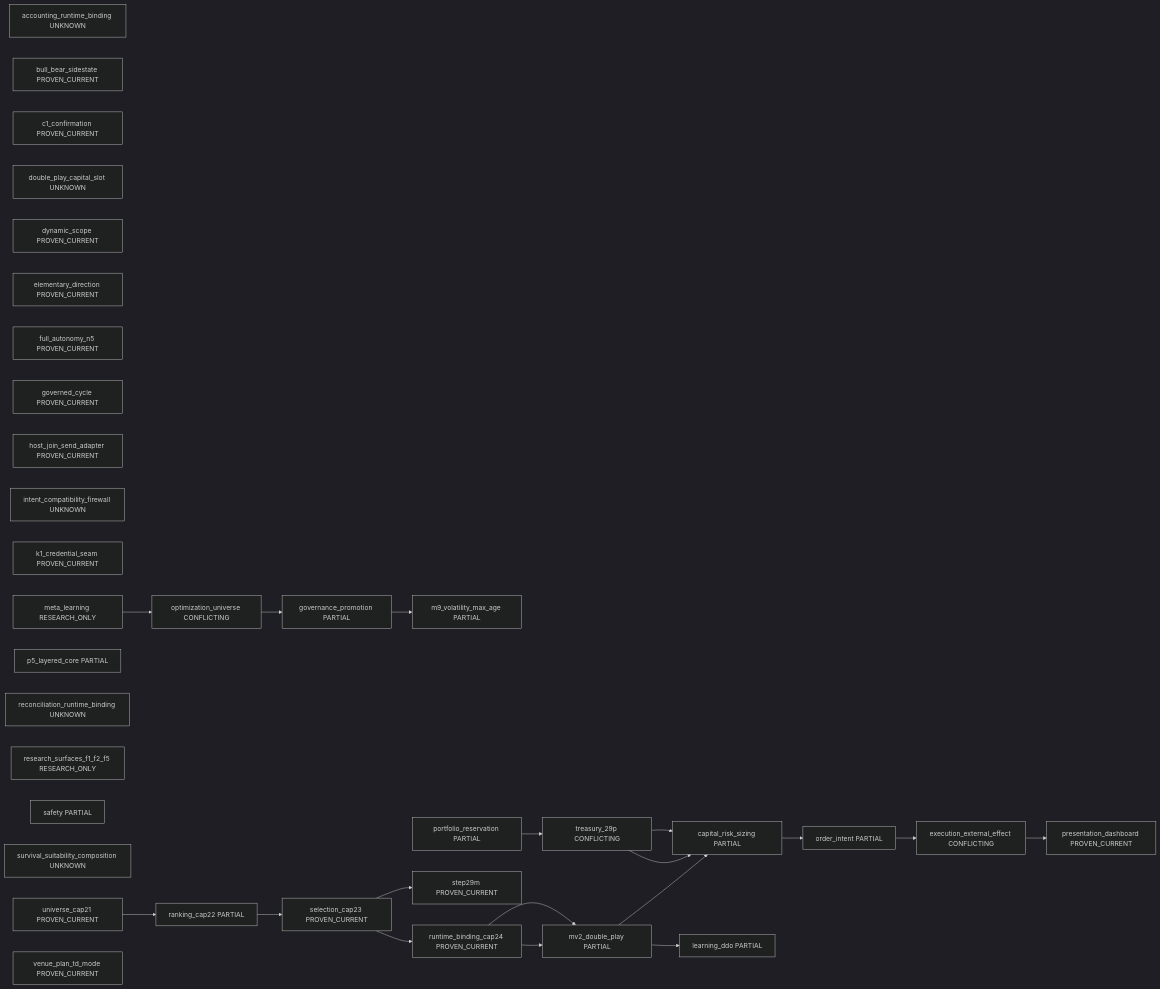
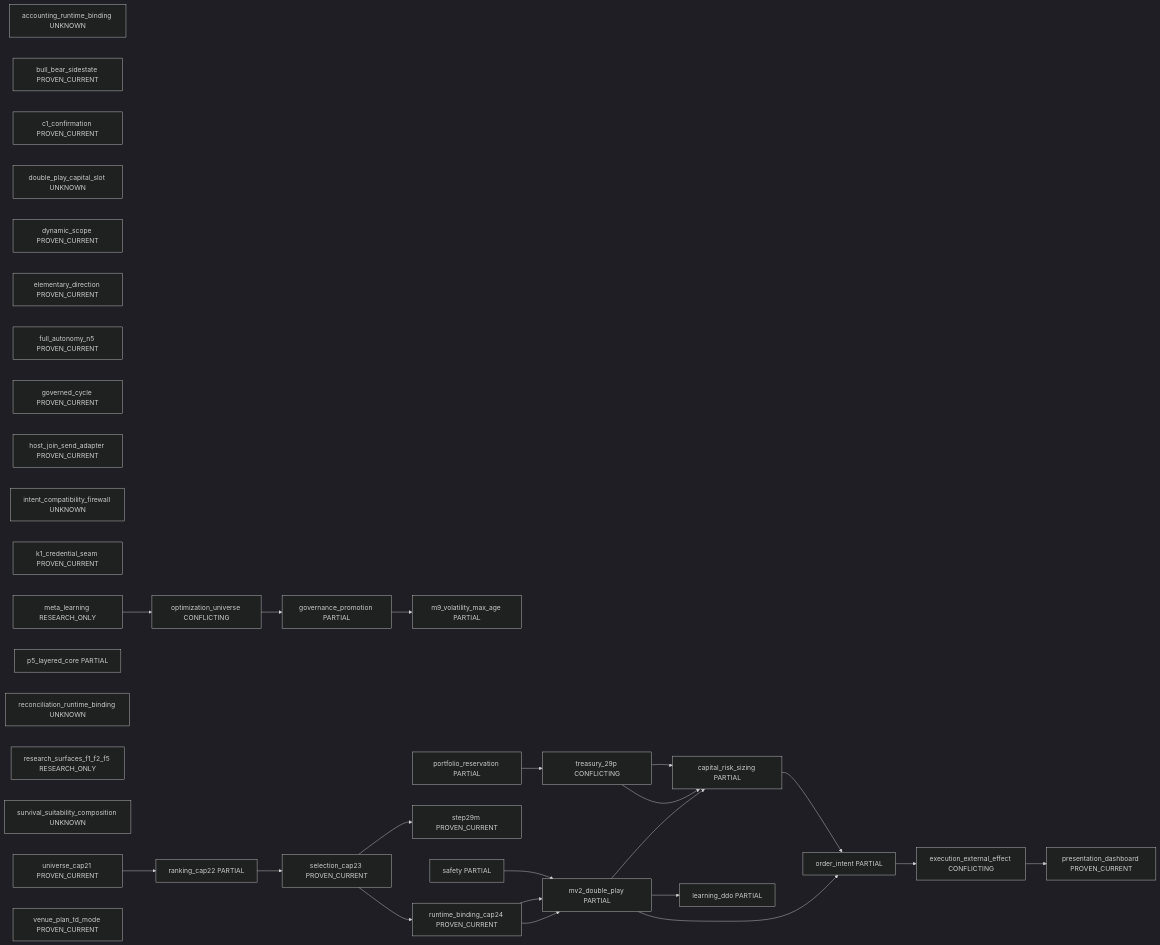
The diagram in docs/governance/current_system_interaction_authority_map_v1/generated/system_landscape_v1.md (rauterfrank-ui/Peak_Trade), drawn with Mermaid (dark theme) before and after one commit. The commit also changed 10 other files, not shown here.

First line of the commit message:
Governance: WP_B map nav index and Safety CONSTRAINT flow typing (#6780)

````diff
--- a/docs/governance/current_system_interaction_authority_map_v1/generated/system_landscape_v1.md
+++ b/docs/governance/current_system_interaction_authority_map_v1/generated/system_landscape_v1.md
@@ -7,54 +7,56 @@
 ```mermaid
 flowchart LR
   accounting_runtime_binding["accounting_runtime_binding UNKNOWN"]
   bull_bear_sidestate["bull_bear_sidestate PROVEN_CURRENT"]
   c1_confirmation["c1_confirmation PROVEN_CURRENT"]
   capital_risk_sizing["capital_risk_sizing PARTIAL"]
   double_play_capital_slot["double_play_capital_slot UNKNOWN"]
   dynamic_scope["dynamic_scope PROVEN_CURRENT"]
   elementary_direction["elementary_direction PROVEN_CURRENT"]
   execution_external_effect["execution_external_effect CONFLICTING"]
   full_autonomy_n5["full_autonomy_n5 PROVEN_CURRENT"]
   governance_promotion["governance_promotion PARTIAL"]
   governed_cycle["governed_cycle PROVEN_CURRENT"]
   host_join_send_adapter["host_join_send_adapter PROVEN_CURRENT"]
   intent_compatibility_firewall["intent_compatibility_firewall UNKNOWN"]
   k1_credential_seam["k1_credential_seam PROVEN_CURRENT"]
   learning_ddo["learning_ddo PARTIAL"]
   m9_volatility_max_age["m9_volatility_max_age PARTIAL"]
   meta_learning["meta_learning RESEARCH_ONLY"]
   mv2_double_play["mv2_double_play PARTIAL"]
   optimization_universe["optimization_universe CONFLICTING"]
   order_intent["order_intent PARTIAL"]
   p5_layered_core["p5_layered_core PARTIAL"]
   portfolio_reservation["portfolio_reservation PARTIAL"]
   presentation_dashboard["presentation_dashboard PROVEN_CURRENT"]
   ranking_cap22["ranking_cap22 PARTIAL"]
   reconciliation_runtime_binding["reconciliation_runtime_binding UNKNOWN"]
   research_surfaces_f1_f2_f5["research_surfaces_f1_f2_f5 RESEARCH_ONLY"]
   runtime_binding_cap24["runtime_binding_cap24 PROVEN_CURRENT"]
   safety["safety PARTIAL"]
   selection_cap23["selection_cap23 PROVEN_CURRENT"]
   step29m["step29m PROVEN_CURRENT"]
   survival_suitability_composition["survival_suitability_composition UNKNOWN"]
   treasury_29p["treasury_29p CONFLICTING"]
   universe_cap21["universe_cap21 PROVEN_CURRENT"]
   venue_plan_td_mode["venue_plan_td_mode PROVEN_CURRENT"]
   governance_promotion --> m9_volatility_max_age
   runtime_binding_cap24 --> mv2_double_play
   execution_external_effect --> presentation_dashboard
   treasury_29p --> capital_risk_sizing
+  mv2_double_play --> order_intent
   order_intent --> execution_external_effect
   mv2_double_play --> learning_ddo
   meta_learning --> optimization_universe
   mv2_double_play --> capital_risk_sizing
   optimization_universe --> governance_promotion
   portfolio_reservation --> treasury_29p
   ranking_cap22 --> selection_cap23
   runtime_binding_cap24 --> mv2_double_play
+  safety --> mv2_double_play
   selection_cap23 --> runtime_binding_cap24
   capital_risk_sizing --> order_intent
   selection_cap23 --> step29m
   treasury_29p --> capital_risk_sizing
   universe_cap21 --> ranking_cap22
 ```
````
